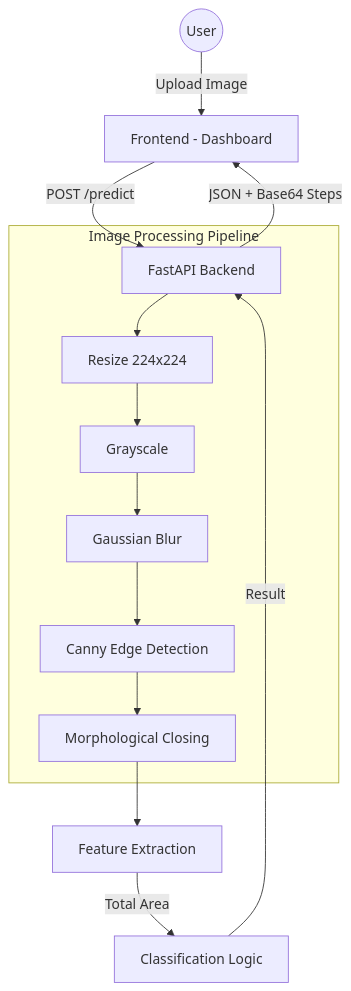
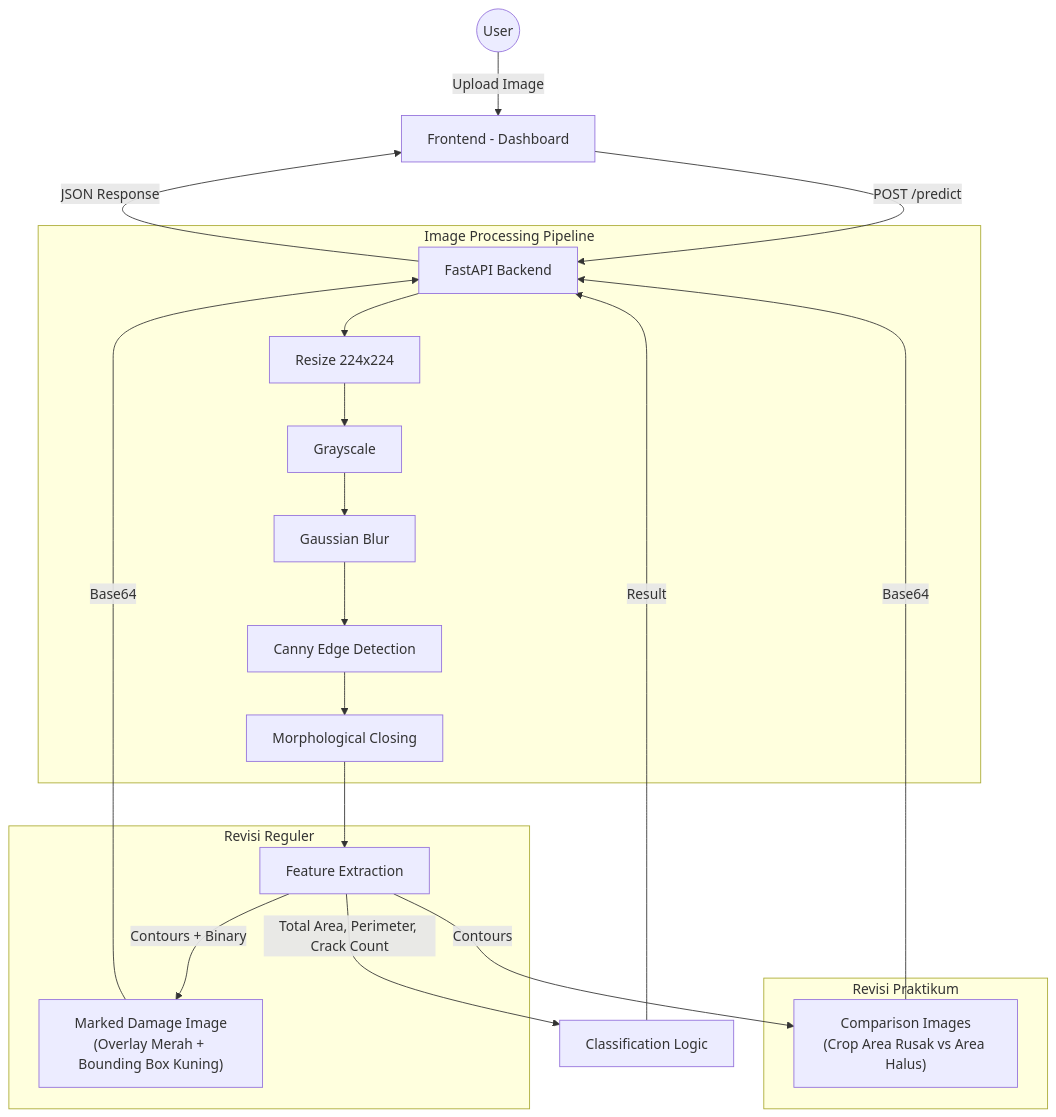
One commit to Deikazen/pcd-model-API changed the diagram in README.md. Above: the diagram before and after it, drawn with Mermaid. The commit also changed other lines of this file, not shown here.

````diff
--- a/README.md
+++ b/README.md
@@ -9,19 +11,29 @@
 ```mermaid
 graph TD
     User((User)) -->|Upload Image| WebUI[Frontend - Dashboard]
     WebUI -->|POST /predict| API[FastAPI Backend]
     
     subgraph "Image Processing Pipeline"
         API --> P1[Resize 224x224]
         P1 --> P2[Grayscale]
         P2 --> P3[Gaussian Blur]
         P3 --> P4[Canny Edge Detection]
         P4 --> P5[Morphological Closing]
     end
     
     P5 --> FE[Feature Extraction]
-    FE -->|Total Area| CL[Classification Logic]
+    FE -->|Total Area, Perimeter, Crack Count| CL[Classification Logic]
+    
+    subgraph "Revisi Reguler"
+        FE -->|Contours + Binary| MD["Marked Damage Image<br/>(Overlay Merah + Bounding Box Kuning)"]
+    end
+
+    subgraph "Revisi Praktikum"
+        FE -->|Contours| CP["Comparison Images<br/>(Crop Area Rusak vs Area Halus)"]
+    end
     
     CL -->|Result| API
-    API -->|JSON + Base64 Steps| WebUI
+    MD -->|Base64| API
+    CP -->|Base64| API
+    API -->|JSON Response| WebUI
 ```
````
